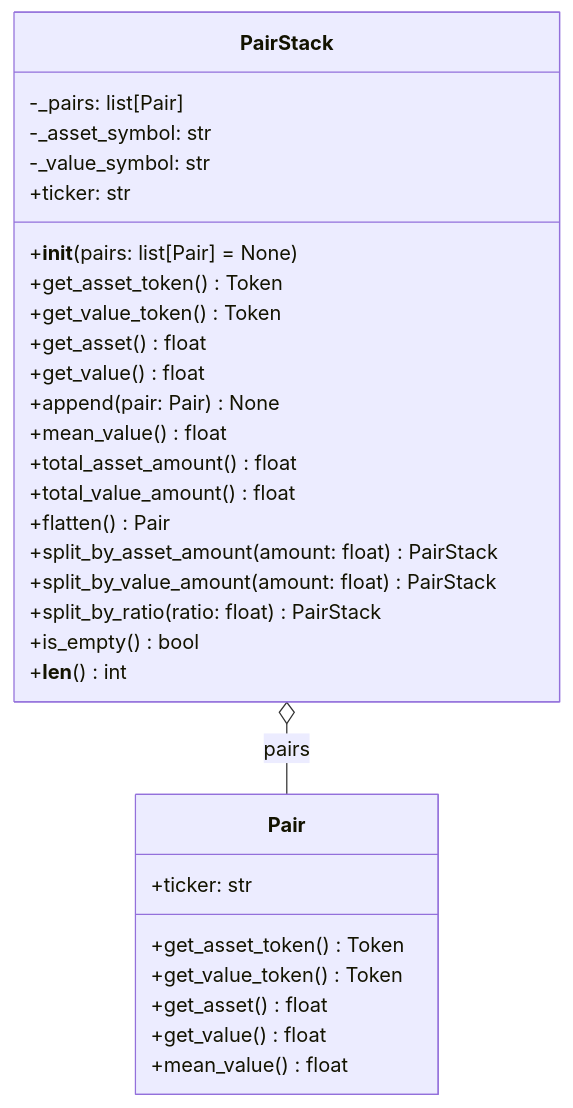
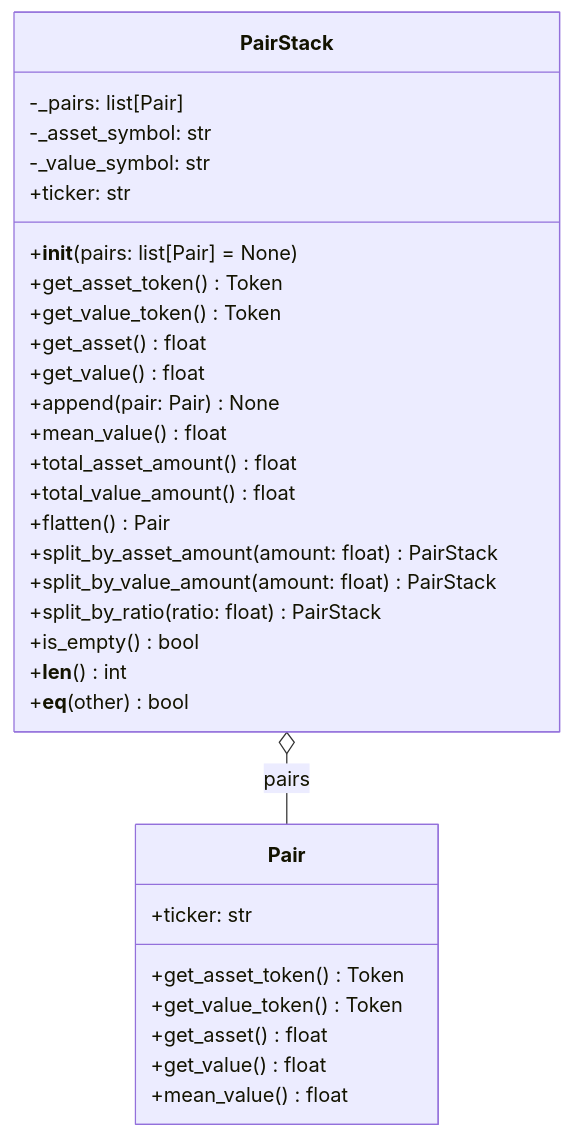
Before and after one commit to gatesplan/python-toolbox: the diagram in packages/financial-assets/financial_assets/pair/PairStackArchitecture.md, drawn with Mermaid. The commit also changed other lines of this file and 9 other files, not shown here.

````diff
--- a/packages/financial-assets/financial_assets/pair/PairStackArchitecture.md
+++ b/packages/financial-assets/financial_assets/pair/PairStackArchitecture.md
@@ -38,35 +38,36 @@
 ```mermaid
 classDiagram
     class PairStack {
         -_pairs: list[Pair]
         -_asset_symbol: str
         -_value_symbol: str
         +ticker: str
         +__init__(pairs: list[Pair] = None)
         +get_asset_token() Token
         +get_value_token() Token
         +get_asset() float
         +get_value() float
         +append(pair: Pair) None
         +mean_value() float
         +total_asset_amount() float
         +total_value_amount() float
         +flatten() Pair
         +split_by_asset_amount(amount: float) PairStack
         +split_by_value_amount(amount: float) PairStack
         +split_by_ratio(ratio: float) PairStack
         +is_empty() bool
         +__len__() int
+        +__eq__(other) bool
     }
 
     class Pair {
         +ticker: str
         +get_asset_token() Token
         +get_value_token() Token
         +get_asset() float
         +get_value() float
         +mean_value() float
     }
 
     PairStack o-- Pair : pairs
 ```
````
